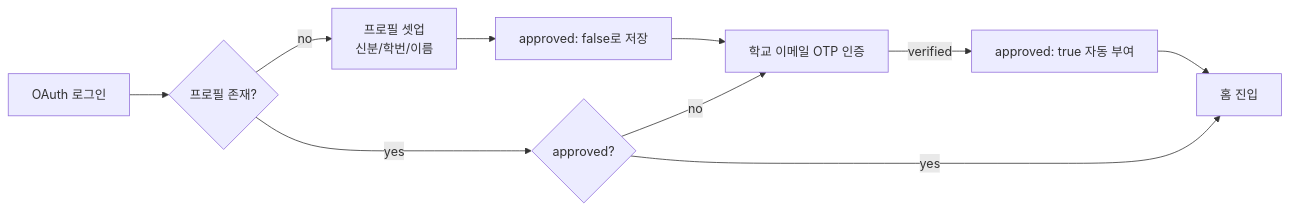
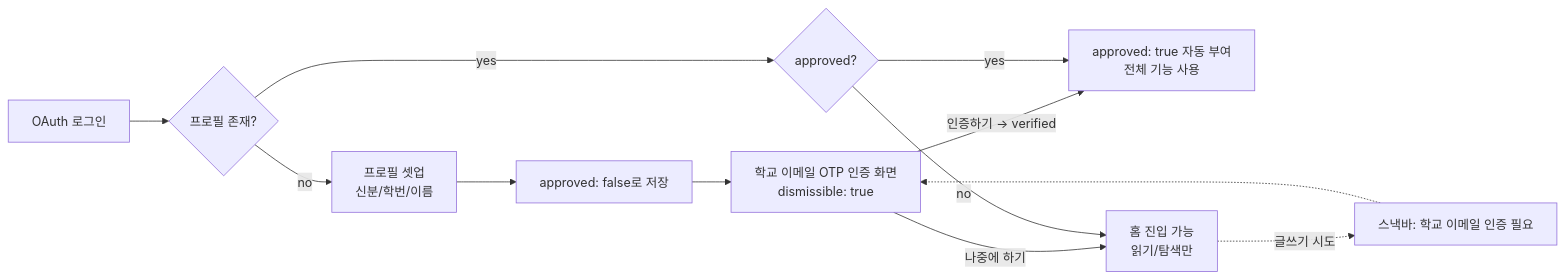
The second of 3 diagrams in docs/guides/account-and-access.md (Monkshark/hansol_hs_flutter_app), drawn with Mermaid before and after one commit. The commit also changed other lines of this file and 9 other files, not shown here.

````diff
--- a/docs/guides/account-and-access.md
+++ b/docs/guides/account-and-access.md
@@ -71,12 +71,14 @@
 ```mermaid
 graph LR
     A[OAuth 로그인] --> B{프로필 존재?}
     B -->|no| C[프로필 셋업<br/>신분/학번/이름]
     B -->|yes| D{approved?}
     C --> E[approved: false로 저장]
-    E --> F[학교 이메일 OTP 인증]
-    F -->|verified| G[approved: true 자동 부여]
-    G --> H[홈 진입]
-    D -->|yes| H
-    D -->|no| F
+    E --> F[학교 이메일 OTP 인증 화면<br/>dismissible: true]
+    F -->|인증하기 → verified| G[approved: true 자동 부여<br/>전체 기능 사용]
+    F -->|나중에 하기| V[홈 진입 가능<br/>읽기/탐색만]
+    V -.->|글쓰기 시도| W[스낵바: 학교 이메일 인증 필요]
+    W -.-> F
+    D -->|yes| G
+    D -->|no| V
 ```
````
